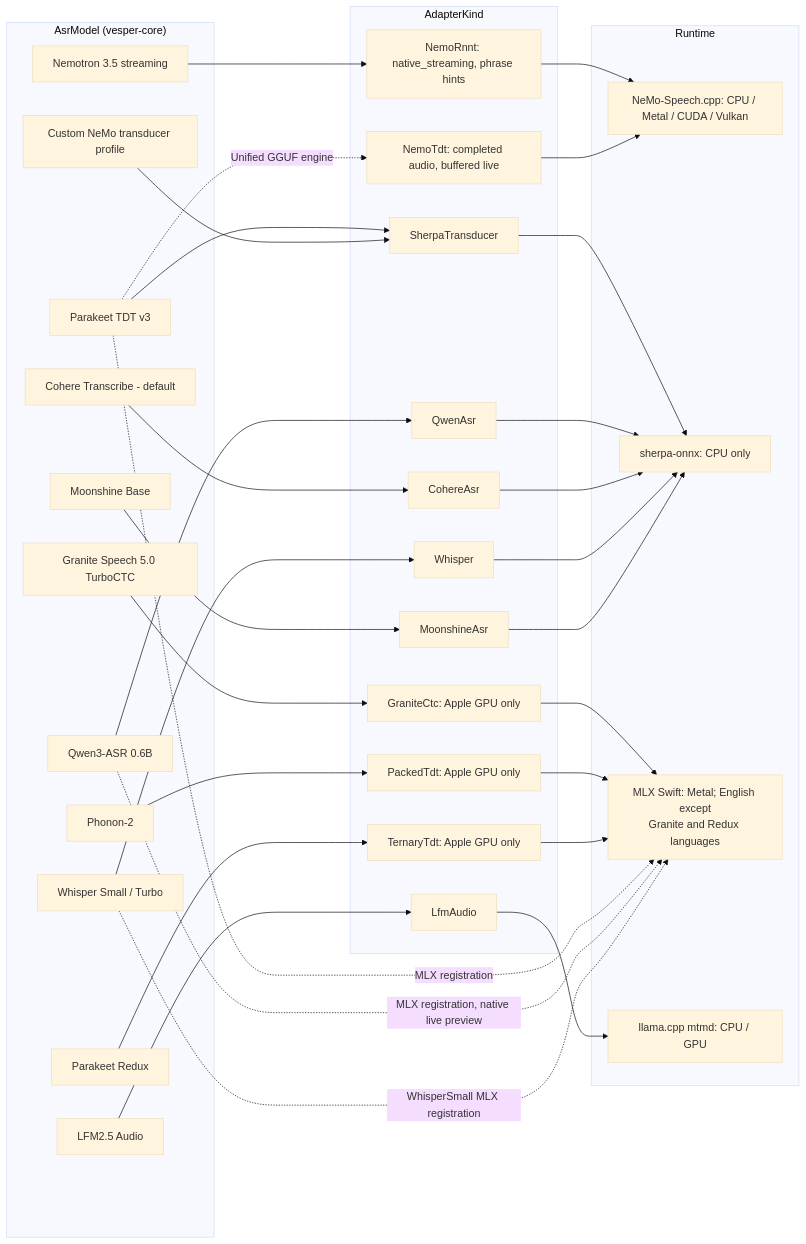
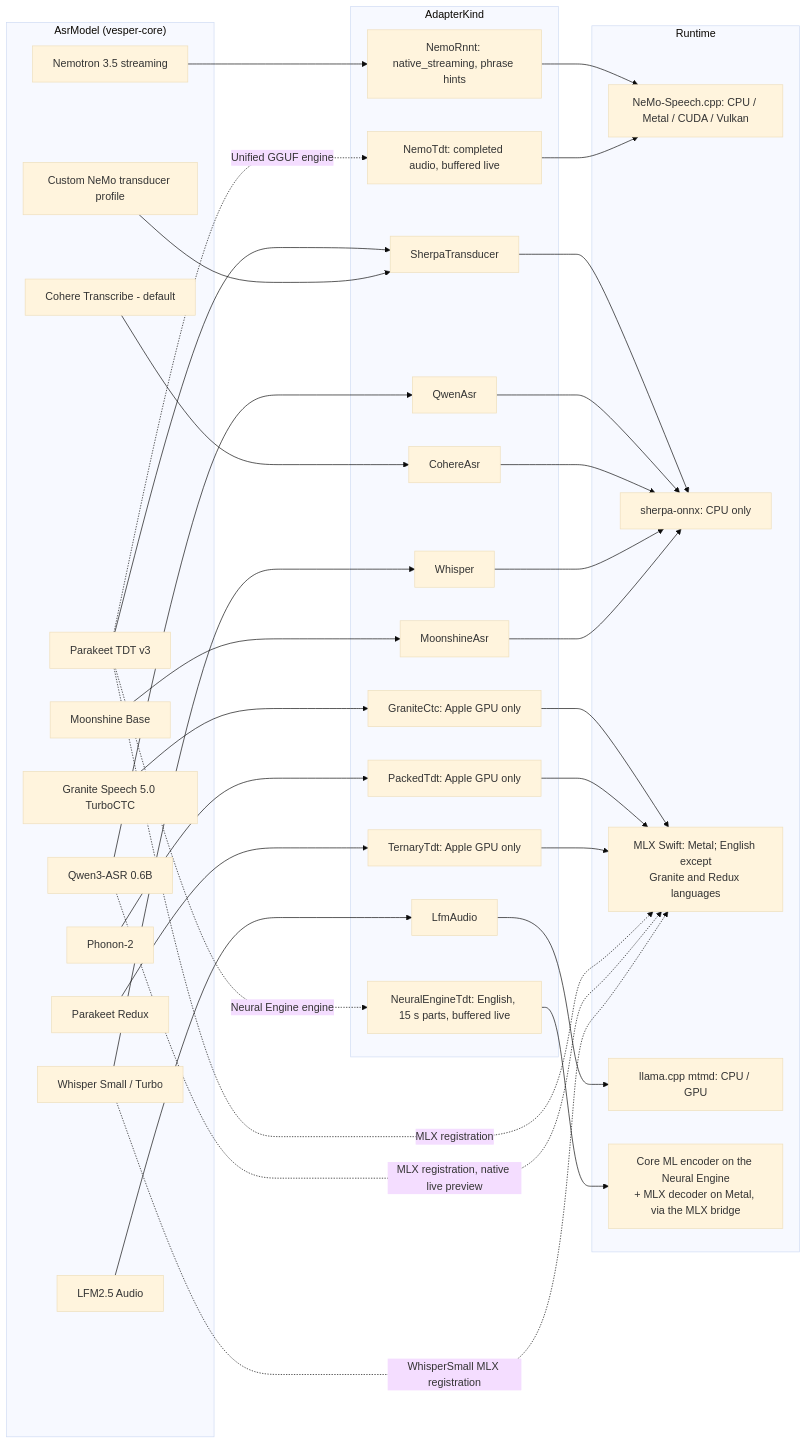
One commit to rahulsharmavishwakarma/vesper changed the fourth of 11 diagrams in docs/inference-architecture.md. Above: the diagram before and after it, drawn with Mermaid (base theme). The commit also changed other lines of this file and 5 other files, not shown here.

First line of the commit message:
Document the Neural Engine speech engine for users and contributors

````diff
--- a/docs/inference-architecture.md
+++ b/docs/inference-architecture.md
@@ -197,51 +197,54 @@
 ```mermaid
 flowchart LR
   subgraph Models["AsrModel (vesper-core)"]
     nem[Nemotron 3.5 streaming]
     par[Parakeet TDT v3]
     qwa[Qwen3-ASR 0.6B]
     coh[Cohere Transcribe - default]
     whi[Whisper Small / Turbo]
     lfm[LFM2.5 Audio]
     moo[Moonshine Base]
     gra[Granite Speech 5.0 TurboCTC]
     pho[Phonon-2]
     red[Parakeet Redux]
     cus[Custom NeMo transducer profile]
   end
   subgraph Kinds["AdapterKind"]
     k1[NemoRnnt: native_streaming, phrase hints]
     k2[SherpaTransducer]
     k3[QwenAsr]
     k4[CohereAsr]
     k5[Whisper]
     k6[LfmAudio]
     k7[MoonshineAsr]
     k8[GraniteCtc: Apple GPU only]
     k9[PackedTdt: Apple GPU only]
     k10[TernaryTdt: Apple GPU only]
     k11[NemoTdt: completed audio, buffered live]
+    k12[NeuralEngineTdt: English, 15 s parts, buffered live]
   end
   subgraph Runtime["Runtime"]
     r1[NeMo-Speech.cpp: CPU / Metal / CUDA / Vulkan]
     r2[sherpa-onnx: CPU only]
     r3[MLX Swift: Metal; English except<br/>Granite and Redux languages]
     r4[llama.cpp mtmd: CPU / GPU]
+    r5[Core ML encoder on the Neural Engine<br/>+ MLX decoder on Metal, via the MLX bridge]
   end
   nem --> k1 --> r1
   par --> k2
   cus --> k2
   qwa --> k3
   coh --> k4
   whi --> k5
   moo --> k7
   k2 & k3 & k4 & k5 & k7 --> r2
   gra --> k8 --> r3
   pho --> k9 --> r3
   red --> k10 --> r3
   par -. "MLX registration" .-> r3
   par -. "Unified GGUF engine" .-> k11 --> r1
+  par -. "Neural Engine engine" .-> k12 --> r5
   qwa -. "MLX registration, native live preview" .-> r3
   whi -. "WhisperSmall MLX registration" .-> r3
   lfm --> k6 --> r4
 ```
````
